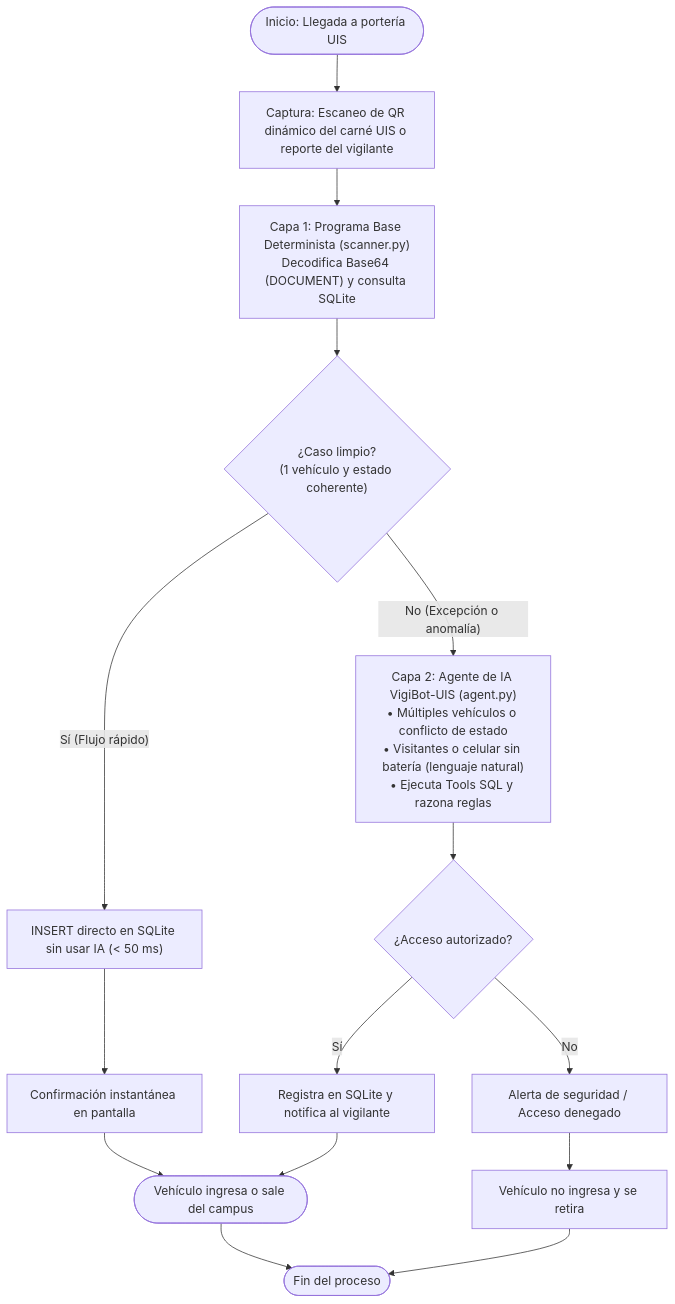
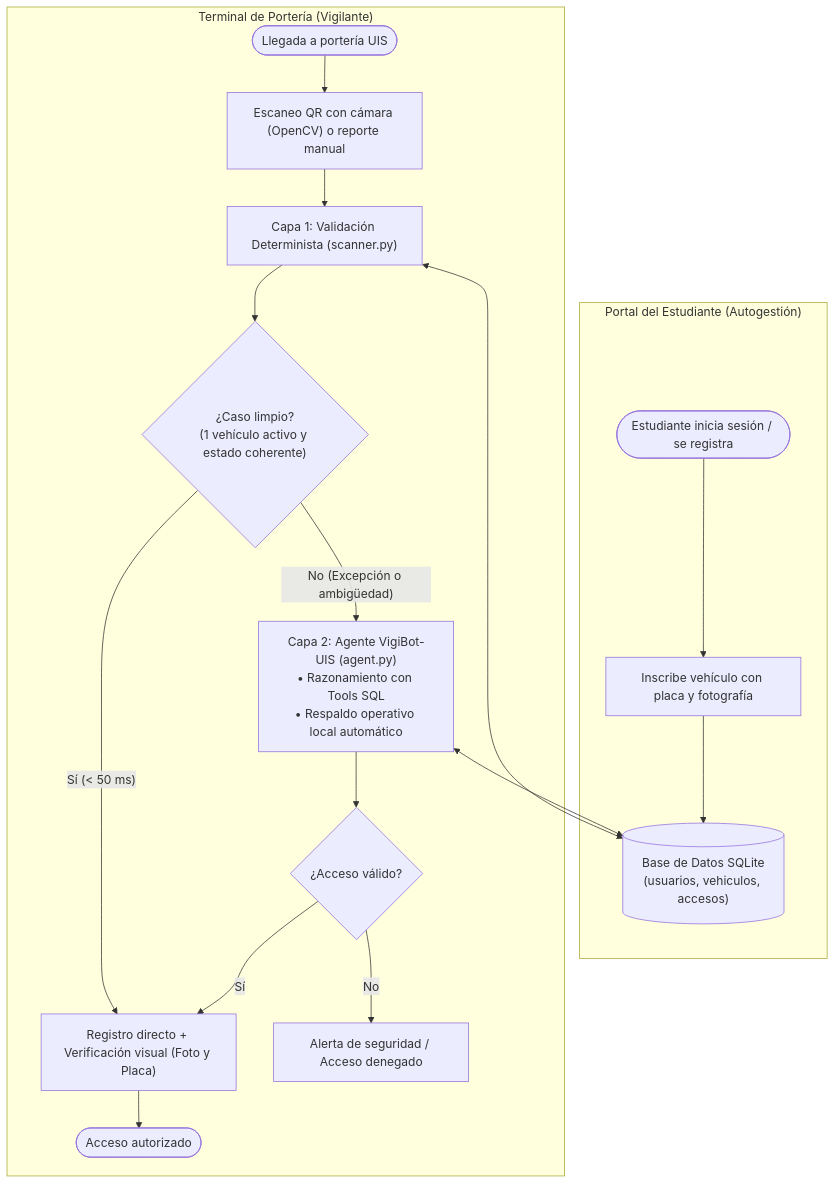
One commit to Leider01/Gestion-vehiculos-UIS changed the diagram in README.md. Above: the diagram before and after it, drawn with Mermaid. The commit also changed other lines of this file and 6 other files, not shown here.

Commit message:
docs y feat: completar portal estudiante, terminal porteria y README con autores

````diff
--- a/README.md
+++ b/README.md
@@ -17,21 +29,24 @@
 ```mermaid
 flowchart TD
-    A(["Inicio: Llegada a portería UIS"]) --> B["Captura: Escaneo de QR dinámico del carné UIS o reporte del vigilante"]
-    B --> C["Capa 1: Programa Base Determinista (scanner.py)<br/>Decodifica Base64 (DOCUMENT) y consulta SQLite"]
-    C --> D{"¿Caso limpio?<br/>(1 vehículo y estado coherente)"}
-    
-    D -- "Sí (Flujo rápido)" --> E["INSERT directo en SQLite sin usar IA (< 50 ms)"]
-    E --> F["Confirmación instantánea en pantalla"]
-    F --> G(["Vehículo ingresa o sale del campus"])
-    
-    D -- "No (Excepción o anomalía)" --> H["Capa 2: Agente de IA VigiBot-UIS (agent.py)<br/>• Múltiples vehículos o conflicto de estado<br/>• Visitantes o celular sin batería (lenguaje natural)<br/>• Ejecuta Tools SQL y razona reglas"]
-    H --> I{"¿Acceso autorizado?"}
-    
-    I -- "Sí" --> J["Registra en SQLite y notifica al vigilante"]
-    J --> G
-    
-    I -- "No" --> K["Alerta de seguridad / Acceso denegado"]
-    K --> L["Vehículo no ingresa y se retira"]
-    L --> M(["Fin del proceso"])
-    G --> M
+    subgraph Portal_Estudiante ["Portal del Estudiante (Autogestión)"]
+        U1(["Estudiante inicia sesión / se registra"]) --> U2["Inscribe vehículo con placa y fotografía"]
+        U2 --> DB[("Base de Datos SQLite\n(usuarios, vehiculos, accesos)")]
+    end
+
+    subgraph Terminal_Porteria ["Terminal de Portería (Vigilante)"]
+        A(["Llegada a portería UIS"]) --> B["Escaneo QR con cámara (OpenCV) o reporte manual"]
+        B --> C["Capa 1: Validación Determinista (scanner.py)"]
+        C <--> DB
+        C --> D{"¿Caso limpio?\n(1 vehículo activo y estado coherente)"}
+
+        D -- "Sí (< 50 ms)" --> E["Registro directo + Verificación visual (Foto y Placa)"]
+        E --> G(["Acceso autorizado"])
+
+        D -- "No (Excepción o ambigüedad)" --> H["Capa 2: Agente VigiBot-UIS (agent.py)\n• Razonamiento con Tools SQL\n• Respaldo operativo local automático"]
+        H <--> DB
+        H --> I{"¿Acceso válido?"}
+
+        I -- "Sí" --> E
+        I -- "No" --> K["Alerta de seguridad / Acceso denegado"]
+    end
 ```
````
